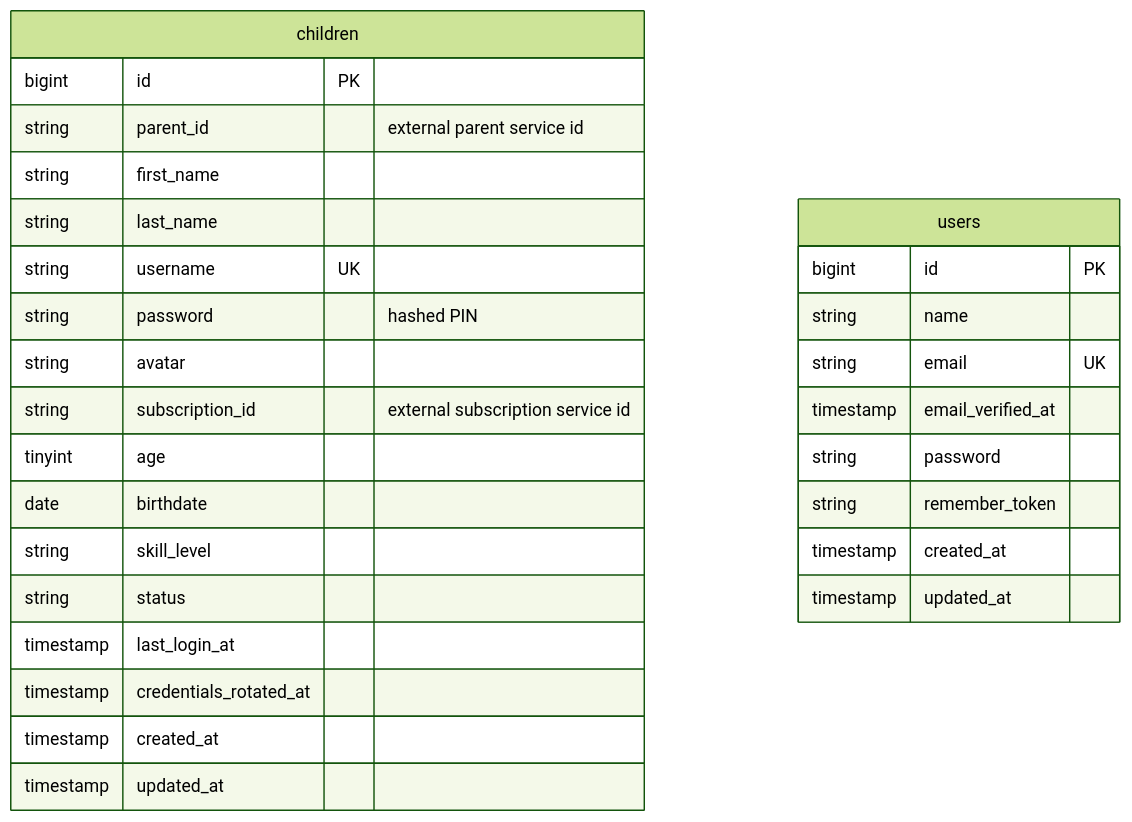
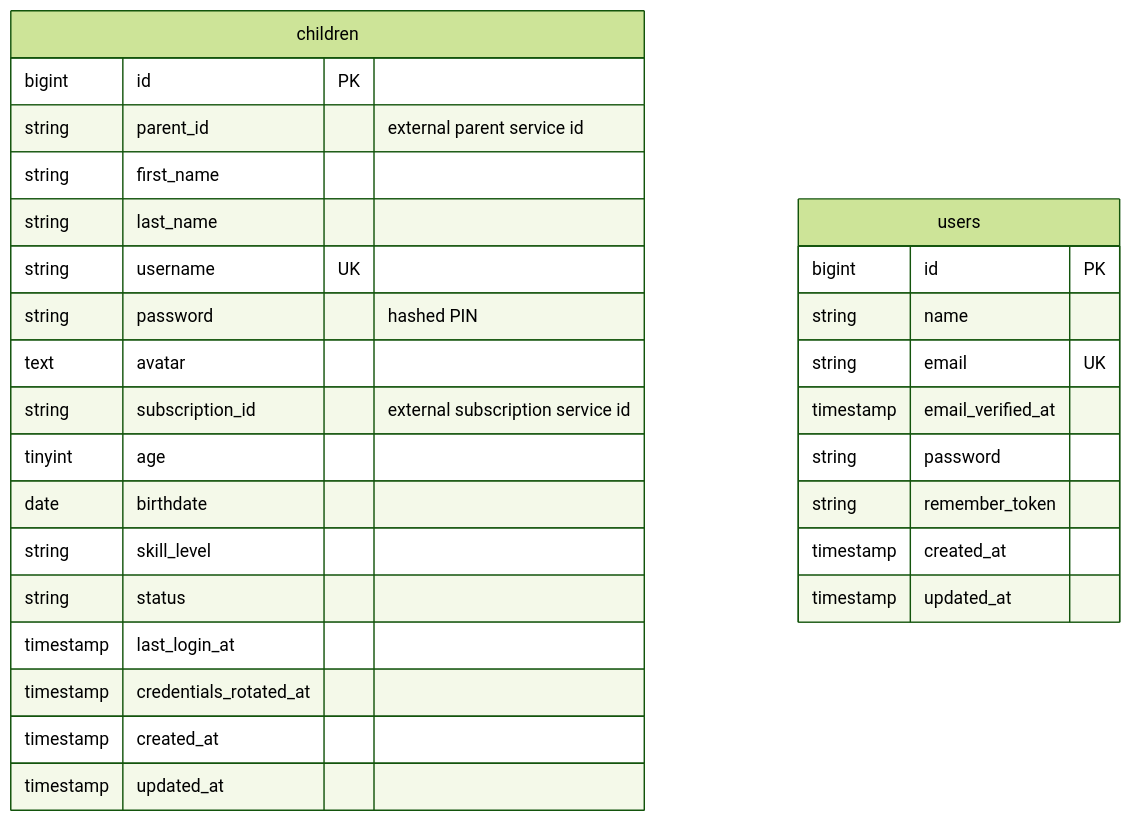
One commit to Hahu-le-lije/hahu-back changed the diagram in child-service/docs/database-schema.md. Above: the diagram before and after it, drawn with Mermaid (forest theme). The commit also changed other lines of this file and 5 other files, not shown here.

````diff
--- a/child-service/docs/database-schema.md
+++ b/child-service/docs/database-schema.md
@@ -24,32 +24,32 @@
 ```mermaid
 erDiagram
     children {
         bigint id PK
         string parent_id "external parent service id"
         string first_name
         string last_name
         string username UK
         string password "hashed PIN"
-        string avatar
+        text avatar
         string subscription_id "external subscription service id"
         tinyint age
         date birthdate
         string skill_level
         string status
         timestamp last_login_at
         timestamp credentials_rotated_at
         timestamp created_at
         timestamp updated_at
     }
 
     users {
         bigint id PK
         string name
         string email UK
         timestamp email_verified_at
         string password
         string remember_token
         timestamp created_at
         timestamp updated_at
     }
 ```
````
